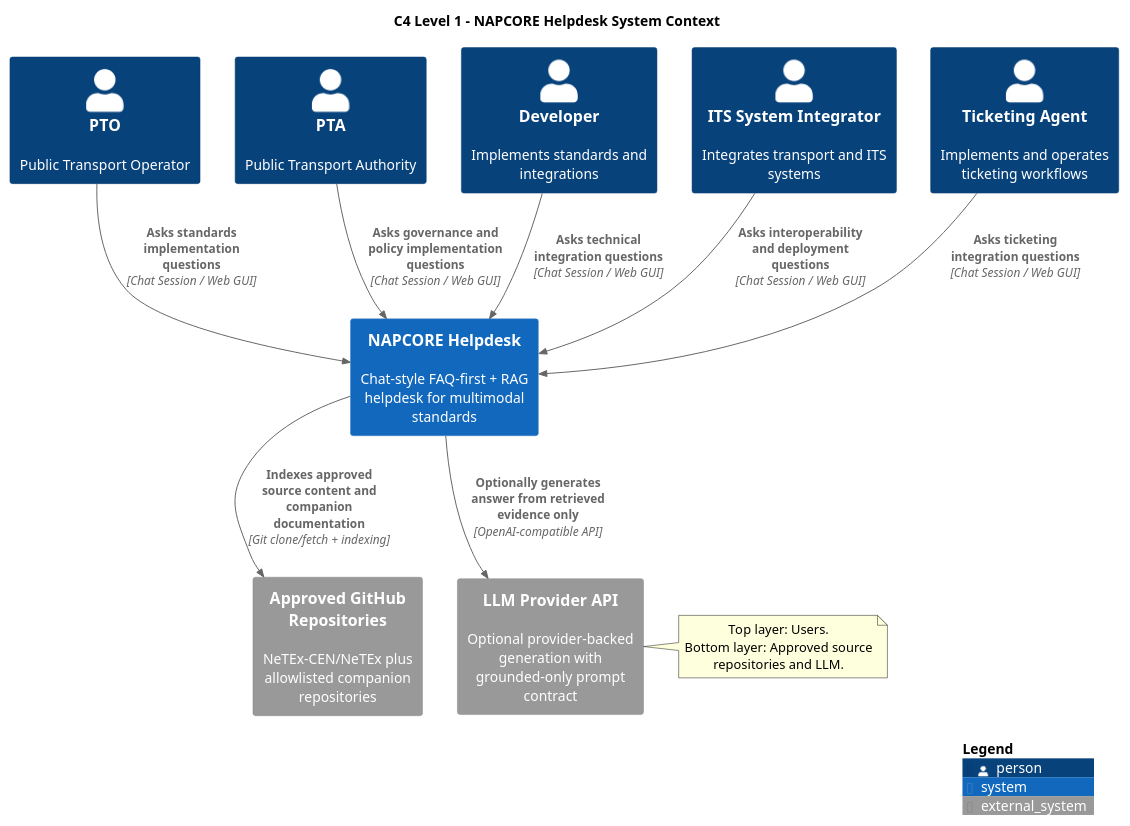
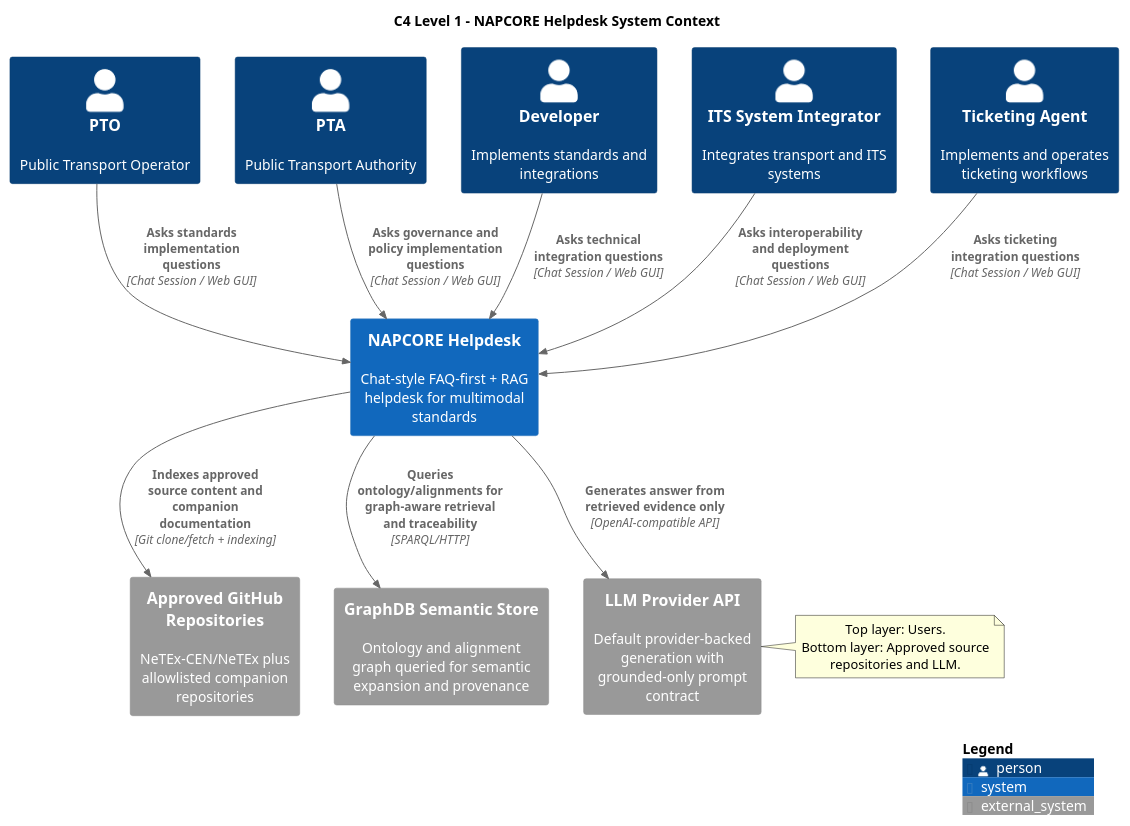
The diagram in docs/architecture/c4-system-context.puml (UM-KGPI/NapcoreHelpdesk), drawn with PlantUML before and after one commit. The commit also changed 62 other files, not shown here.

Commit message:
docs(ontology): add standards alignments and architecture updates

```diff
--- a/docs/architecture/c4-system-context.puml
+++ b/docs/architecture/c4-system-context.puml
@@ -1,52 +1,56 @@
 @startuml
 !includeurl https://raw.githubusercontent.com/plantuml-stdlib/C4-PlantUML/master/C4_Context.puml
 
 title C4 Level 1 - NAPCORE Helpdesk System Context
 
 Person(pto, "PTO", "Public Transport Operator")
 Person(pta, "PTA", "Public Transport Authority")
 Person(dev, "Developer", "Implements standards and integrations")
 Person(integrator, "ITS System Integrator", "Integrates transport and ITS systems")
 Person(ticketing, "Ticketing Agent", "Implements and operates ticketing workflows")
 
 System(helpdesk, "NAPCORE Helpdesk", "Chat-style FAQ-first + RAG helpdesk for multimodal standards")
 System_Ext(github, "Approved GitHub Repositories", "NeTEx-CEN/NeTEx plus allowlisted companion repositories")
-System_Ext(llm, "LLM Provider API", "Optional provider-backed generation with grounded-only prompt contract")
+System_Ext(graphdb, "GraphDB Semantic Store", "Ontology and alignment graph queried for semantic expansion and provenance")
+System_Ext(llm, "LLM Provider API", "Default provider-backed generation with grounded-only prompt contract")
 
 Rel(pto, helpdesk, "Asks standards implementation questions", "Chat Session / Web GUI")
 Rel(pta, helpdesk, "Asks governance and policy implementation questions", "Chat Session / Web GUI")
 Rel(dev, helpdesk, "Asks technical integration questions", "Chat Session / Web GUI")
 Rel(integrator, helpdesk, "Asks interoperability and deployment questions", "Chat Session / Web GUI")
 Rel(ticketing, helpdesk, "Asks ticketing integration questions", "Chat Session / Web GUI")
 
 Rel(helpdesk, github, "Indexes approved source content and companion documentation", "Git clone/fetch + indexing")
-Rel(helpdesk, llm, "Optionally generates answer from retrieved evidence only", "OpenAI-compatible API")
+Rel(helpdesk, graphdb, "Queries ontology/alignments for graph-aware retrieval and traceability", "SPARQL/HTTP")
+Rel(helpdesk, llm, "Generates answer from retrieved evidence only", "OpenAI-compatible API")
 
 UpdateRelStyle(helpdesk, llm, $textColor="black", $lineColor="#38598A")
 
 UpdateElementStyle(pto, $fontColor="#1F2F4A")
 UpdateElementStyle(pta, $fontColor="#1F2F4A")
 UpdateElementStyle(dev, $fontColor="#1F2F4A")
 UpdateElementStyle(integrator, $fontColor="#1F2F4A")
 UpdateElementStyle(ticketing, $fontColor="#1F2F4A")
 
 ' Top layer: actors horizontally
 Lay_R(pto, pta)
 Lay_R(pta, dev)
 Lay_R(dev, integrator)
 Lay_R(integrator, ticketing)
 ' Middle: helpdesk below actors
 Lay_D(pto, helpdesk)
 ' Bottom layer: external systems below helpdesk
 Lay_D(helpdesk, github)
+Lay_D(helpdesk, graphdb)
 Lay_D(helpdesk, llm)
-Lay_R(github, llm)
+Lay_R(github, graphdb)
+Lay_R(graphdb, llm)
 
 note right of llm
 Top layer: Users.
 Bottom layer: Approved source repositories and LLM.
 end note
 
 SHOW_LEGEND()
 
 @enduml
```
